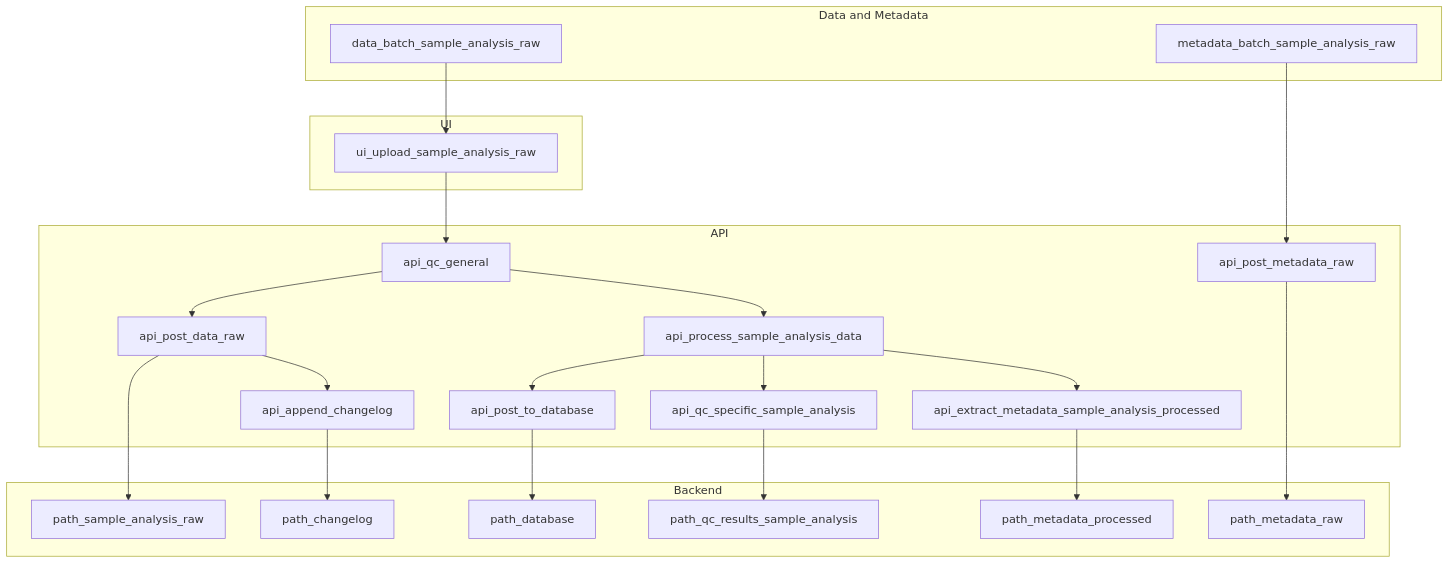
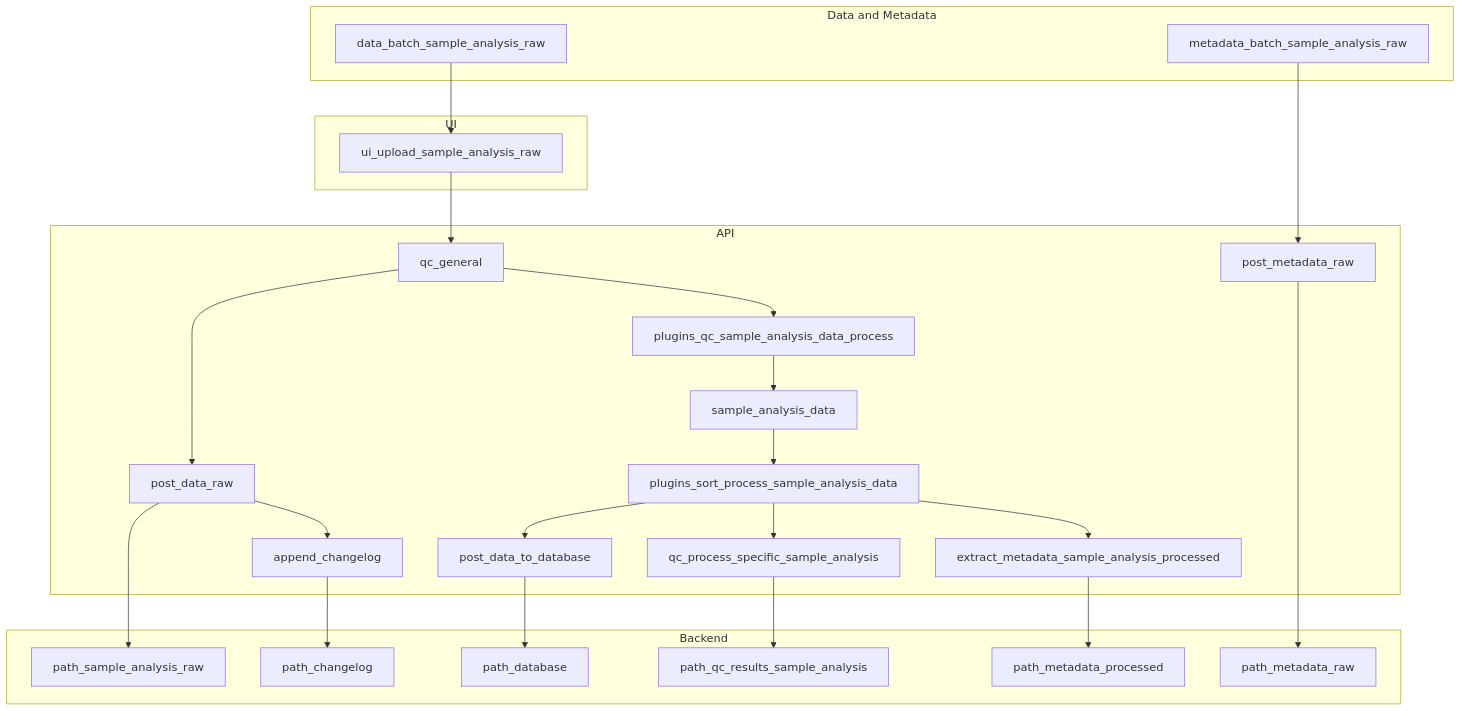
The diagram in design/pathways/images/data-input-sample-analysis.mmd (seedcase-project/seedcase-website), drawn with Mermaid before and after one commit.

Commit message:
update data-input-sample-analysis file

```diff
--- a/design/pathways/images/data-input-sample-analysis.mmd
+++ b/design/pathways/images/data-input-sample-analysis.mmd
@@ -1,41 +1,43 @@
 flowchart TB
   subgraph Data and Metadata
     data_batch_sample_analysis_raw
     metadata_batch_sample_analysis_raw
   end
 
   subgraph UI
     ui_upload_sample_analysis_raw
   end
 
   subgraph API
-    api_post_data_raw
-    api_process_sample_analysis_data
-    api_post_to_database
-    api_append_changelog
-    api_qc_general
-    api_qc_specific_sample_analysis
-    api_post_metadata_raw
-    api_extract_metadata_sample_analysis_processed
+    post_data_raw
+    sample_analysis_data
+    plugins_qc_sample_analysis_data_process
+    plugins_sort_process_sample_analysis_data
+    post_data_to_database
+    append_changelog
+    qc_general
+    qc_process_specific_sample_analysis
+    post_metadata_raw
+    extract_metadata_sample_analysis_processed
   end
 
   subgraph Backend
     path_database
     path_sample_analysis_raw
     path_metadata_raw
     path_metadata_processed
     path_changelog
     path_qc_results_sample_analysis
   end
 
-  data_batch_sample_analysis_raw --> ui_upload_sample_analysis_raw --> api_qc_general --> api_post_data_raw --> path_sample_analysis_raw
+  data_batch_sample_analysis_raw --> ui_upload_sample_analysis_raw --> qc_general --> post_data_raw --> path_sample_analysis_raw
 
-  api_qc_general --> api_process_sample_analysis_data --> api_post_to_database --> path_database
+  qc_general --> plugins_qc_sample_analysis_data_process --> sample_analysis_data --> plugins_sort_process_sample_analysis_data --> post_data_to_database --> path_database
 
-  api_post_data_raw --> api_append_changelog --> path_changelog
+  post_data_raw --> append_changelog --> path_changelog
 
-  api_process_sample_analysis_data --> api_qc_specific_sample_analysis --> path_qc_results_sample_analysis
+  plugins_sort_process_sample_analysis_data --> qc_process_specific_sample_analysis --> path_qc_results_sample_analysis
 
-  metadata_batch_sample_analysis_raw --> api_post_metadata_raw --> path_metadata_raw
+  plugins_sort_process_sample_analysis_data --> extract_metadata_sample_analysis_processed --> path_metadata_processed
 
-  api_process_sample_analysis_data --> api_extract_metadata_sample_analysis_processed --> path_metadata_processed
+  metadata_batch_sample_analysis_raw --> post_metadata_raw --> path_metadata_raw
```
